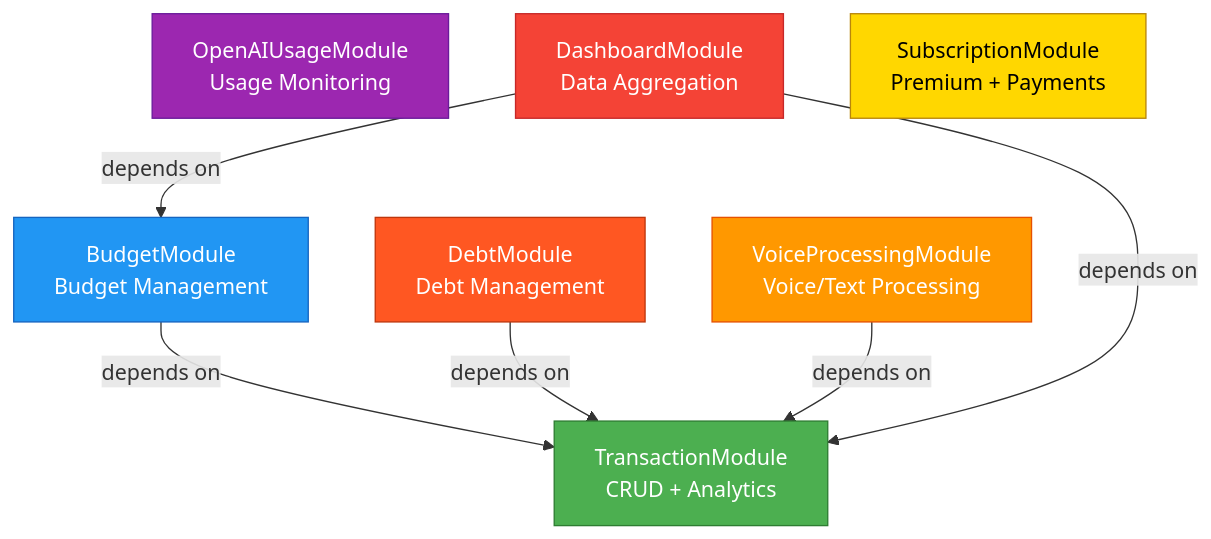
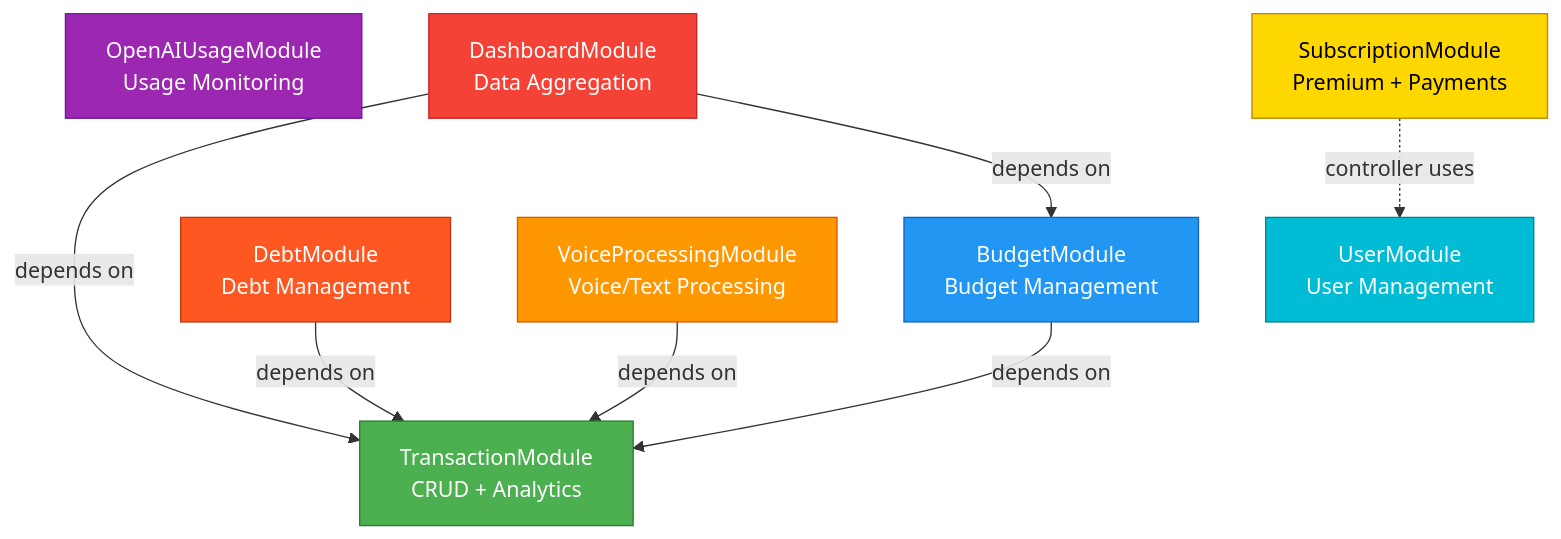
The diagram in docs/knowledge-base/01-architecture/modules.md (chollak/finance-tracker-backend), drawn with Mermaid before and after one commit. The commit also changed other lines of this file and 5 other files, not shown here.

````diff
--- a/docs/knowledge-base/01-architecture/modules.md
+++ b/docs/knowledge-base/01-architecture/modules.md
@@ -7,24 +7,27 @@
 ```mermaid
 graph TD
     TM[TransactionModule<br/>CRUD + Analytics]
     BM[BudgetModule<br/>Budget Management]
     DeM[DebtModule<br/>Debt Management]
     VM[VoiceProcessingModule<br/>Voice/Text Processing]
     OM[OpenAIUsageModule<br/>Usage Monitoring]
     DM[DashboardModule<br/>Data Aggregation]
     SM[SubscriptionModule<br/>Premium + Payments]
+    UM[UserModule<br/>User Management]
 
     BM -->|depends on| TM
     DeM -->|depends on| TM
     VM -->|depends on| TM
     DM -->|depends on| TM
     DM -->|depends on| BM
+    SM -.->|controller uses| UM
 
     style TM fill:#4CAF50,stroke:#2E7D32,color:#fff
     style BM fill:#2196F3,stroke:#1565C0,color:#fff
     style DeM fill:#FF5722,stroke:#BF360C,color:#fff
     style VM fill:#FF9800,stroke:#E65100,color:#fff
     style OM fill:#9C27B0,stroke:#6A1B9A,color:#fff
     style DM fill:#F44336,stroke:#C62828,color:#fff
     style SM fill:#FFD700,stroke:#B8860B,color:#000
+    style UM fill:#00BCD4,stroke:#00838F,color:#fff
 ```
````
